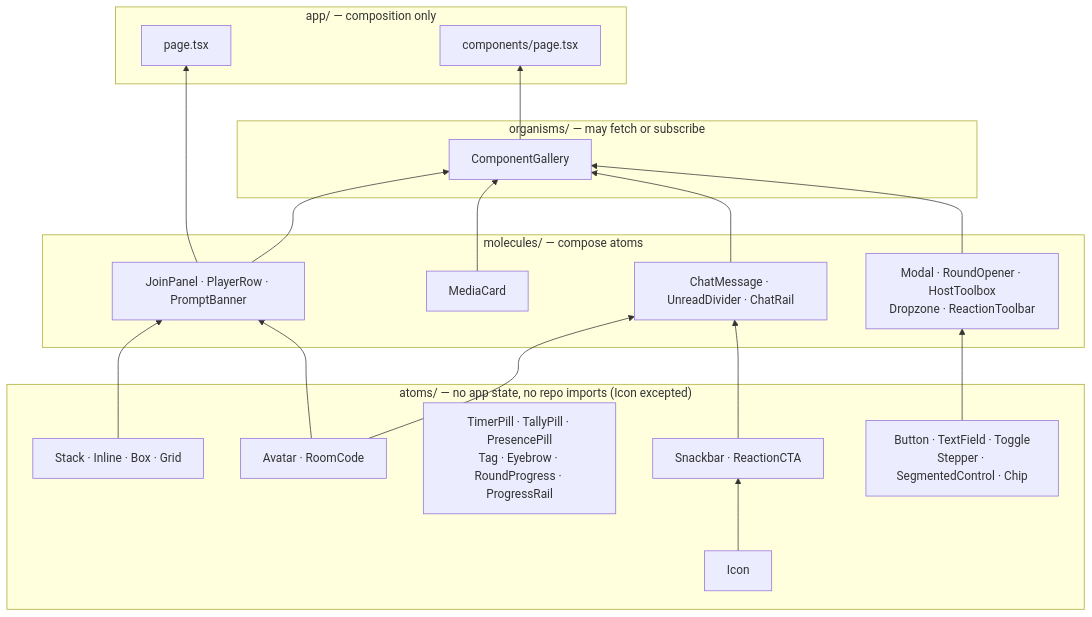
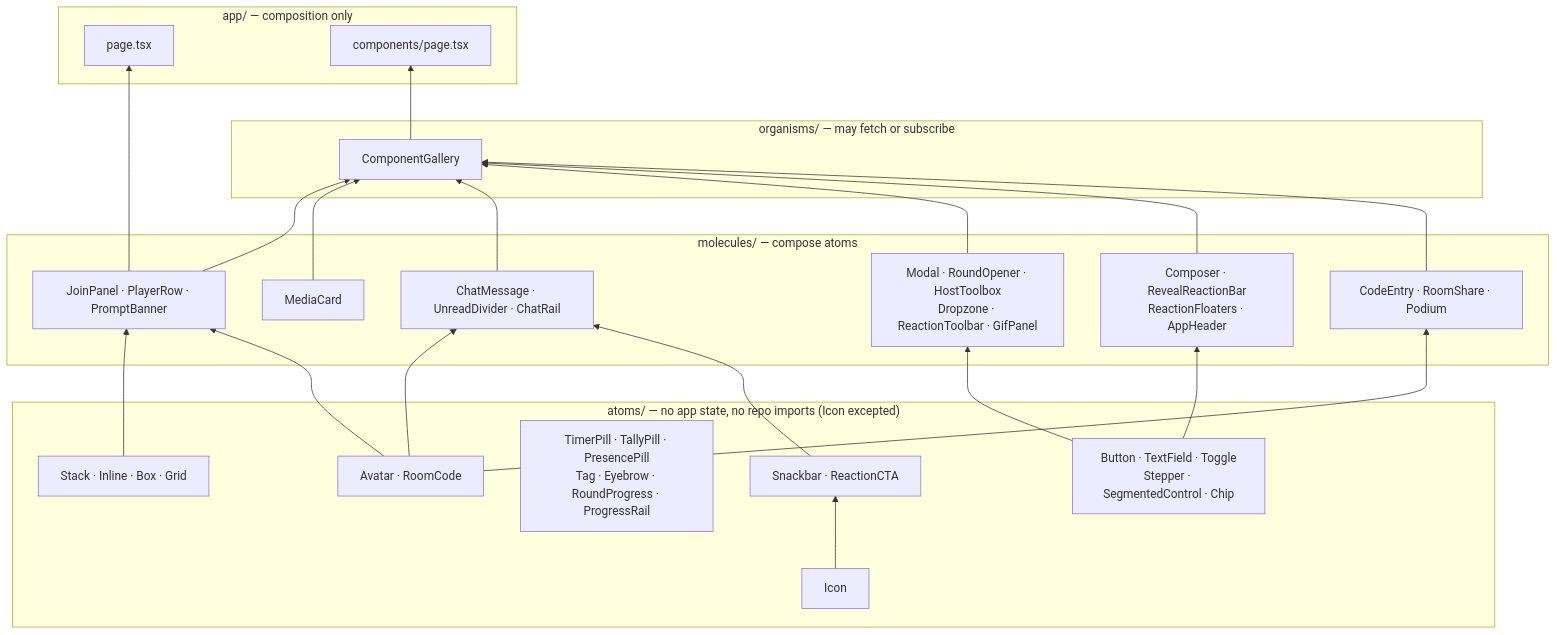
The second of 4 diagrams in docs/architecture.md (Jmeza081/captionist), drawn with Mermaid before and after one commit. The commit also changed other lines of this file and 30 other files, not shown here.

````diff
--- a/docs/architecture.md
+++ b/docs/architecture.md
@@ -64,37 +64,43 @@
 ```mermaid
 graph BT
   subgraph atoms["atoms/ — no app state, no repo imports (Icon excepted)"]
     Layout["Stack · Inline · Box · Grid"]
     Icon["Icon"]
     Controls["Button · TextField · Toggle<br/>Stepper · SegmentedControl · Chip"]
     Status["TimerPill · TallyPill · PresencePill<br/>Tag · Eyebrow · RoundProgress · ProgressRail"]
     Ident["Avatar · RoomCode"]
     Feedback["Snackbar · ReactionCTA"]
   end
   subgraph molecules["molecules/ — compose atoms"]
     Room["JoinPanel · PlayerRow · PromptBanner"]
     Media["MediaCard"]
     Chat["ChatMessage · UnreadDivider · ChatRail"]
-    Overlay["Modal · RoundOpener · HostToolbox<br/>Dropzone · ReactionToolbar"]
+    Overlay["Modal · RoundOpener · HostToolbox<br/>Dropzone · ReactionToolbar · GifPanel"]
+    Compose["Composer · RevealReactionBar<br/>ReactionFloaters · AppHeader"]
+    Lobby["CodeEntry · RoomShare · Podium"]
   end
   subgraph organisms["organisms/ — may fetch or subscribe"]
     Gallery["ComponentGallery"]
   end
   subgraph pages["app/ — composition only"]
     Home["page.tsx"]
     Comp["components/page.tsx"]
   end
 
   Icon --> Feedback
   Layout --> Room
   Ident --> Room
   Ident --> Chat
   Controls --> Overlay
   Feedback --> Chat
   Room --> Home
   Room --> Gallery
   Media --> Gallery
   Chat --> Gallery
   Overlay --> Gallery
+  Compose --> Gallery
+  Lobby --> Gallery
+  Controls --> Compose
+  Ident --> Lobby
   Gallery --> Comp
 ```
````
